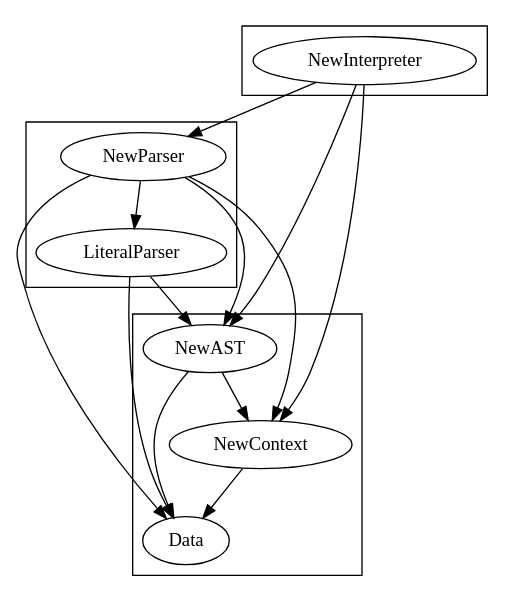
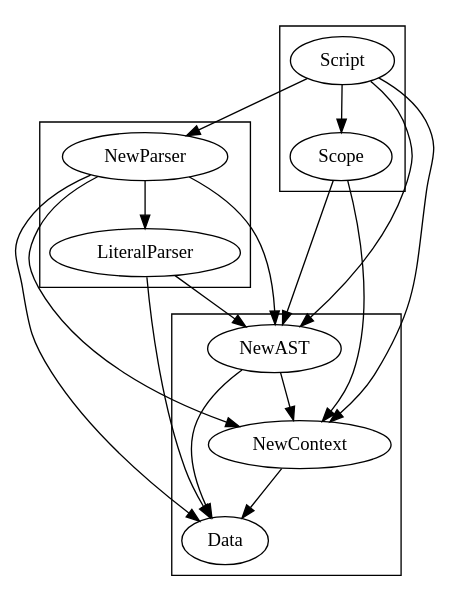
The diagram in dependency.dot (nilsceberg/asp-js), drawn with Graphviz before and after one commit.

Commit message:
Update dependency graph

```diff
--- a/dependency.dot
+++ b/dependency.dot
@@ -1,33 +1,38 @@
 digraph deps {
 	subgraph cluster_parser {
 		NewParser;
 		LiteralParser;
 	}
 
 	subgraph cluster_program {
 		NewAST;
 		Data;
 		NewContext;
 	}
 
 	subgraph cluster_runtime {
-		NewInterpreter;
+		Scope;
+		Script;
 	}
 
 	NewParser -> NewAST;
 	NewParser -> LiteralParser;
 	NewParser -> Data;
 	NewParser -> NewContext;
 
 	LiteralParser -> NewAST;
 	LiteralParser -> Data;
 
 	NewAST -> NewContext;
 	NewAST -> Data;
 
 	NewContext -> Data;
 
-	NewInterpreter -> NewParser;
-	NewInterpreter -> NewContext;
-	NewInterpreter -> NewAST;
+	Scope -> NewContext;
+	Scope -> NewAST;
+
+	Script -> NewAST;
+	Script -> Scope;
+	Script -> NewParser;
+	Script -> NewContext;
 }
```
